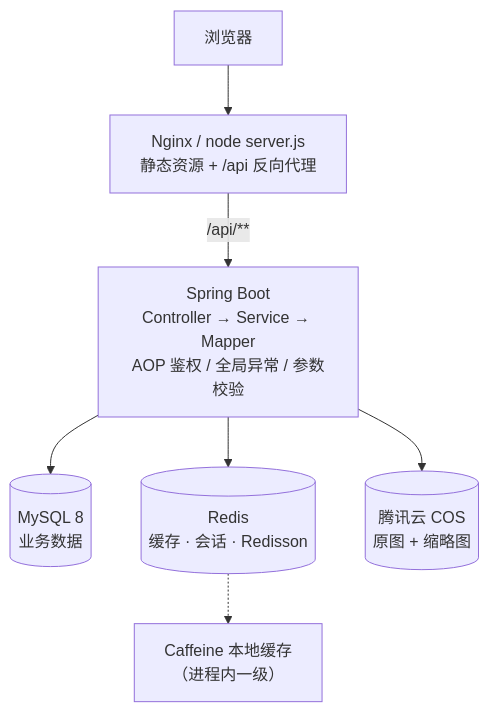
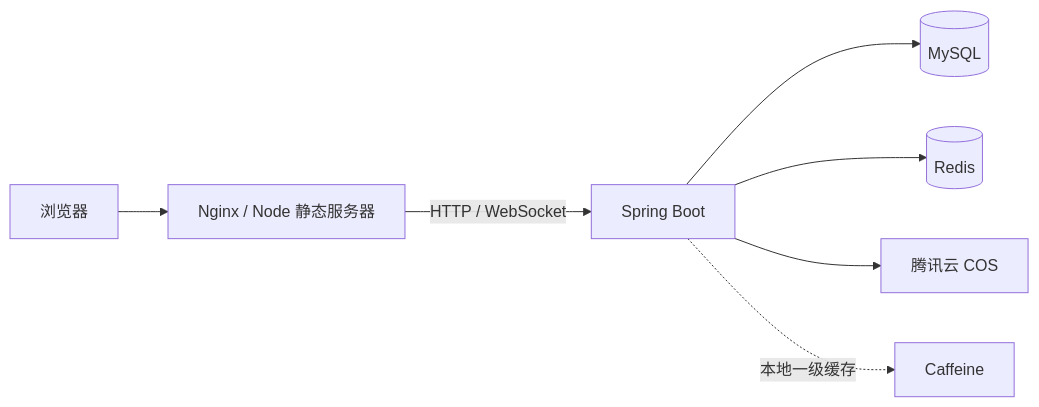
One commit to lsj-lsj54/TRACEROOF changed the diagram in README.md. Above: the diagram before and after it, drawn with Mermaid. The commit also changed other lines of this file and 25 other files, not shown here.

````diff
--- a/README.md
+++ b/README.md
@@ -104,9 +41,9 @@
 ```mermaid
-flowchart TB
-    A[浏览器] --> B["Nginx / node server.js<br/>静态资源 + /api 反向代理"]
-    B -->|/api/**| C["Spring Boot<br/>Controller → Service → Mapper<br/>AOP 鉴权 / 全局异常 / 参数校验"]
-    C --> D[("MySQL 8<br/>业务数据")]
-    C --> E[("Redis<br/>缓存 · 会话 · Redisson")]
-    C --> F[("腾讯云 COS<br/>原图 + 缩略图")]
-    E -.-> G["Caffeine 本地缓存<br/>（进程内一级）"]
+flowchart LR
+    A[浏览器] --> B[Nginx / Node 静态服务器]
+    B -->|HTTP / WebSocket| C[Spring Boot]
+    C --> D[(MySQL)]
+    C --> E[(Redis)]
+    C --> F[腾讯云 COS]
+    C -.本地一级缓存.-> G[Caffeine]
 ```
````
